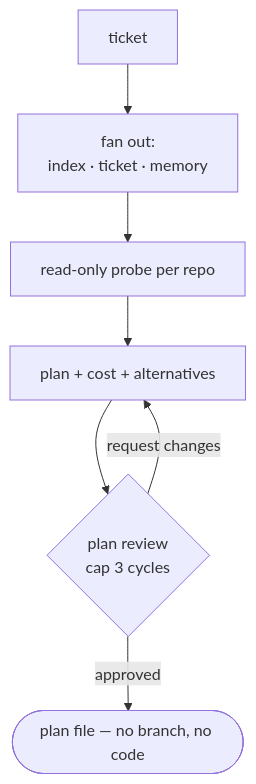
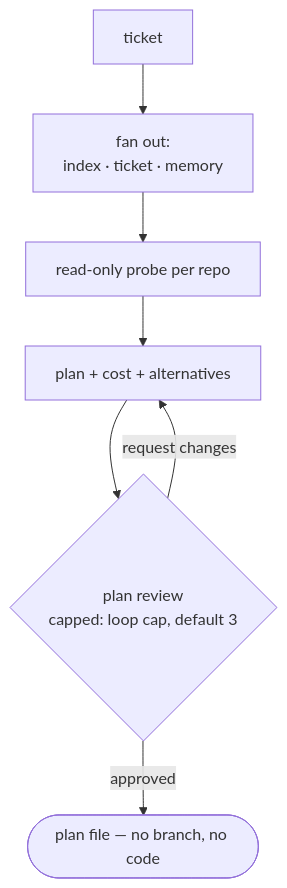
The third of 9 diagrams in docs/reference/commands.md (vsdudakov/troika), drawn with Mermaid before and after one commit. The commit also changed 22 other files, not shown here.

````diff
--- a/docs/reference/commands.md
+++ b/docs/reference/commands.md
@@ -120,9 +120,9 @@
 ```mermaid
 flowchart TD
   T[ticket] --> F[fan out:<br/>index · ticket · memory]
   F --> I[read-only probe per repo]
   I --> P[plan + cost + alternatives]
-  P --> R{plan review<br/>cap 3 cycles}
+  P --> R{plan review<br/>capped: loop cap, default 3}
   R -- request changes --> P
   R -- approved --> O([plan file — no branch, no code])
 ```
````
